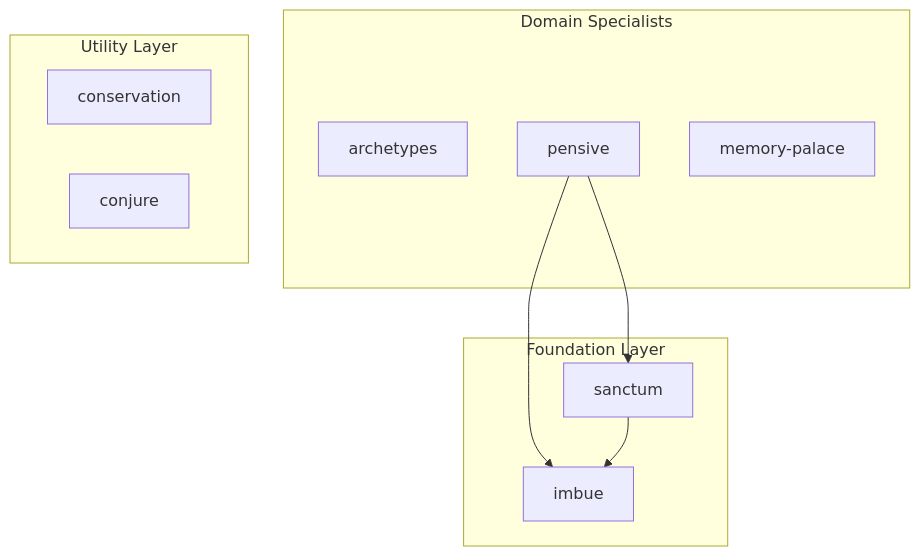
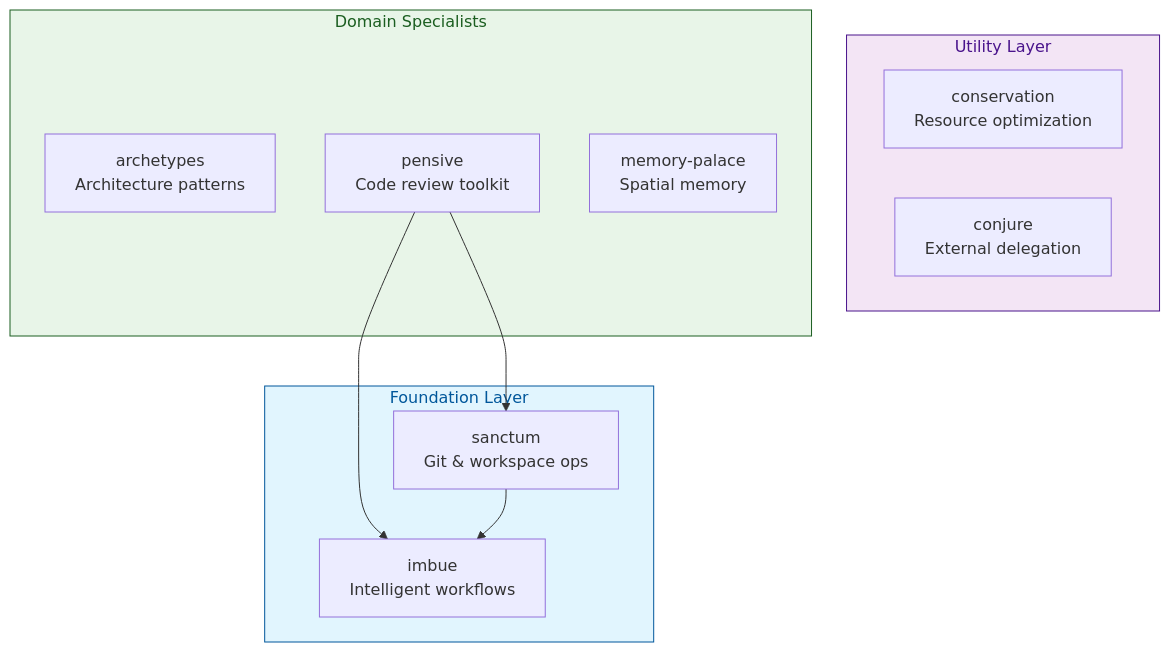
Before and after one commit to athola/claude-night-market: the diagram in README.md, drawn with Mermaid. The commit also changed 1 other file, not shown here.

Commit message:
fix mermaid chart to be nicely visible on github

````diff
--- a/README.md
+++ b/README.md
@@ -100,22 +100,26 @@
 ```mermaid
 graph TD
-    subgraph "Domain Specialists"
-        archetypes[archetypes]
-        pensive[pensive]
-        memory-palace[memory-palace]
+    subgraph Foundation[Foundation Layer]
+        imbue[imbue<br/>Intelligent workflows]
+        sanctum[sanctum<br/>Git & workspace ops]
     end
 
-    subgraph "Utility Layer"
-        conservation[conservation]
-        conjure[conjure]
+    subgraph Utility[Utility Layer]
+        conservation[conservation<br/>Resource optimization]
+        conjure[conjure<br/>External delegation]
     end
 
-    subgraph "Foundation Layer"
-        imbue[imbue]
-        sanctum[sanctum]
+    subgraph Domain[Domain Specialists]
+        archetypes[archetypes<br/>Architecture patterns]
+        pensive[pensive<br/>Code review toolkit]
+        memory_palace[memory-palace<br/>Spatial memory]
     end
 
     pensive --> imbue
     pensive --> sanctum
     sanctum --> imbue
+
+    style Foundation fill:#e1f5fe,stroke:#01579b,color:#01579b
+    style Utility fill:#f3e5f5,stroke:#4a148c,color:#4a148c
+    style Domain fill:#e8f5e8,stroke:#1b5e20,color:#1b5e20
 ```
````
